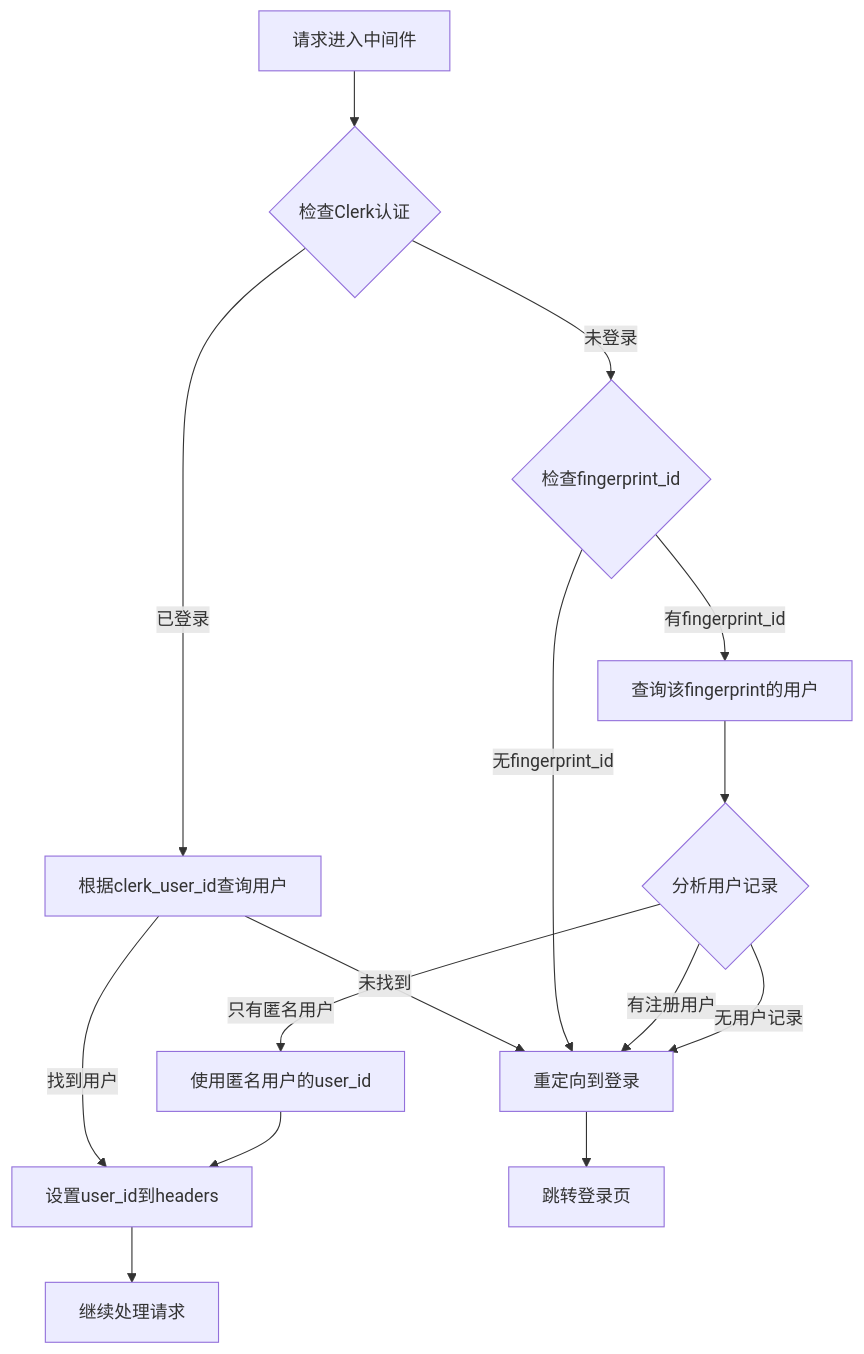
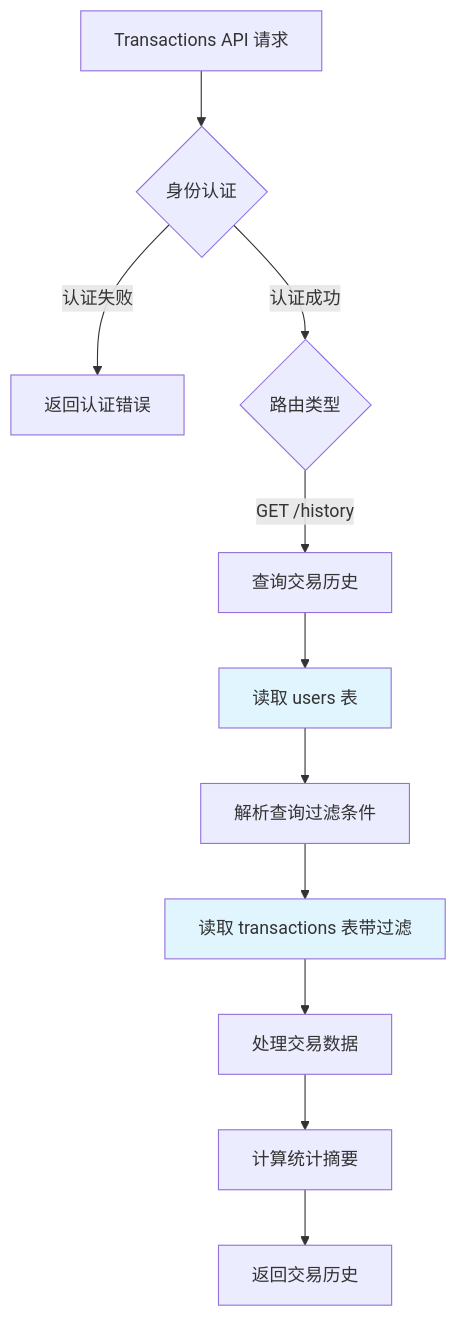
Before and after one commit to caofanCPU/diaomao: the fourth of 7 diagrams in docs/auth-system-usage.md, drawn with Mermaid. The commit also changed other lines of this file, not shown here.

````diff
--- a/docs/auth-system-usage.md
+++ b/docs/auth-system-usage.md
@@ -16,22 +145,19 @@
 ```mermaid
 flowchart TD
-    Start[请求进入中间件] --> CheckClerk{检查Clerk认证}
+    TB_Start[Transactions API 请求] --> TB_Auth{身份认证}
     
-    CheckClerk -->|已登录| GetUserByClerk[根据clerk_user_id查询用户]
-    CheckClerk -->|未登录| CheckFingerprint{检查fingerprint_id}
+    TB_Auth -->|认证失败| TB_Error[返回认证错误]
+    TB_Auth -->|认证成功| TB_Route{路由类型}
     
-    GetUserByClerk -->|找到用户| SetUserId[设置user_id到headers]
-    GetUserByClerk -->|未找到| Redirect[重定向到登录]
+    TB_Route -->|GET /history| TB_History[查询交易历史]
     
-    CheckFingerprint -->|有fingerprint_id| QueryByFingerprint[查询该fingerprint的用户]
-    CheckFingerprint -->|无fingerprint_id| Redirect
+    TB_History --> TB_ReadUser[读取 users 表]
+    TB_ReadUser --> TB_ParseFilters[解析查询过滤条件]
+    TB_ParseFilters --> TB_ReadTransactions[读取 transactions 表带过滤]
+    TB_ReadTransactions --> TB_ProcessData[处理交易数据]
+    TB_ProcessData --> TB_CalcSummary[计算统计摘要]
+    TB_CalcSummary --> TB_ReturnHistory[返回交易历史]
     
-    QueryByFingerprint --> AnalyzeUsers{分析用户记录}
-    AnalyzeUsers -->|有注册用户| Redirect
-    AnalyzeUsers -->|只有匿名用户| UseAnonymous[使用匿名用户的user_id]
-    AnalyzeUsers -->|无用户记录| Redirect
-    
-    UseAnonymous --> SetUserId
-    SetUserId --> Continue[继续处理请求]
-    Redirect --> SignIn[跳转登录页]
+    style TB_ReadUser fill:#e1f5fe
+    style TB_ReadTransactions fill:#e1f5fe
 ```
````
